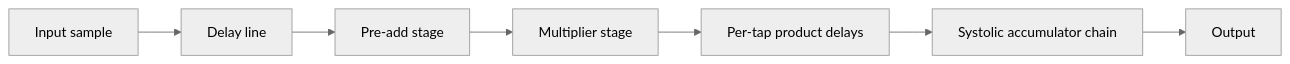
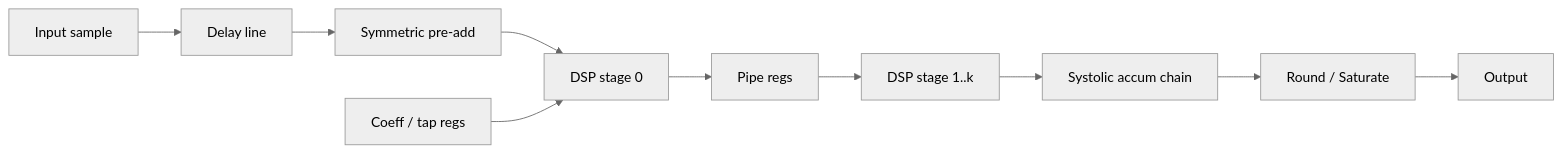
One commit to AIALRA-0/FIR-Lowpass-Filter changed the diagram in docs/assets/dfg/pipelined_systolic.mmd. Above: the diagram before and after it, drawn with Mermaid (neutral theme). The commit also changed 88 other files, not shown here.

```diff
--- a/docs/assets/dfg/pipelined_systolic.mmd
+++ b/docs/assets/dfg/pipelined_systolic.mmd
@@ -1,7 +1,10 @@
 flowchart LR
     IN[Input sample] --> DL[Delay line]
-    DL --> PRE[Pre-add stage]
-    PRE --> MUL[Multiplier stage]
-    MUL --> DLY[Per-tap product delays]
-    DLY --> ACC[Systolic accumulator chain]
-    ACC --> OUT[Output]
+    DL --> PRE[Symmetric pre-add]
+    PRE --> DSP0[DSP stage 0]
+    COEF[Coeff / tap regs] --> DSP0
+    DSP0 --> REG0[Pipe regs]
+    REG0 --> DSPK[DSP stage 1..k]
+    DSPK --> ACC[Systolic accum chain]
+    ACC --> QS[Round / Saturate]
+    QS --> OUT[Output]
```
